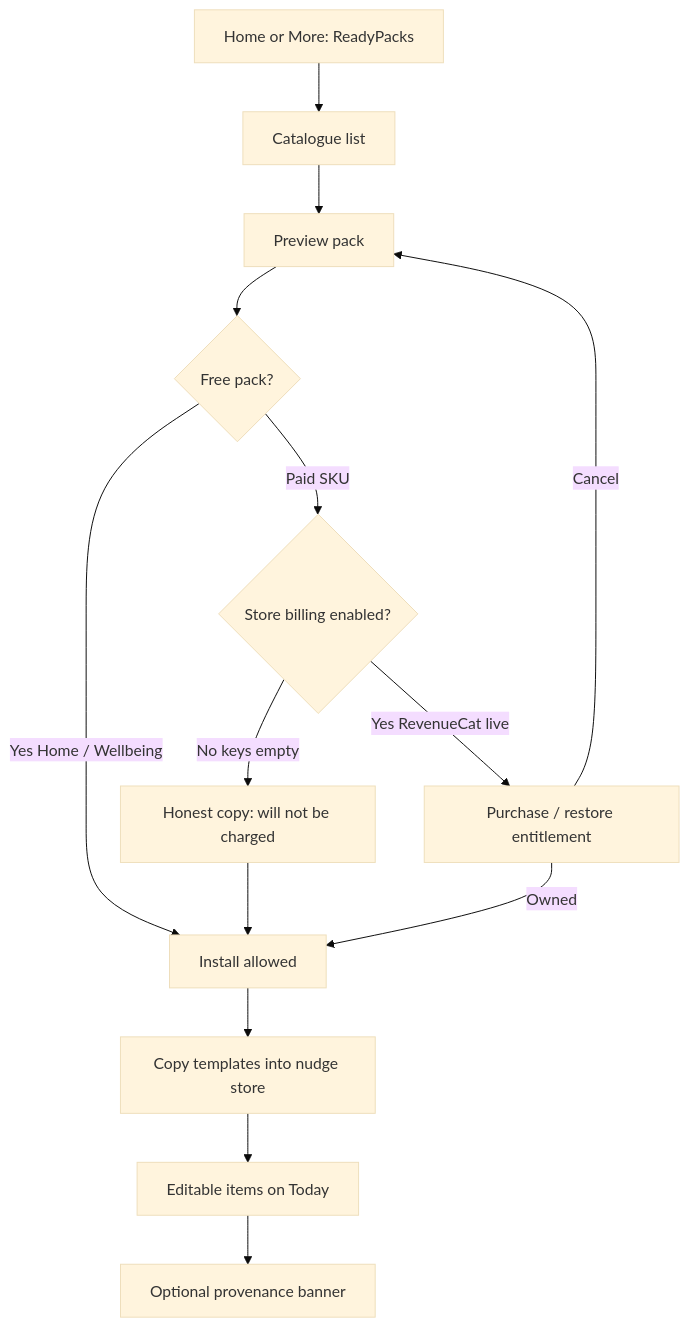
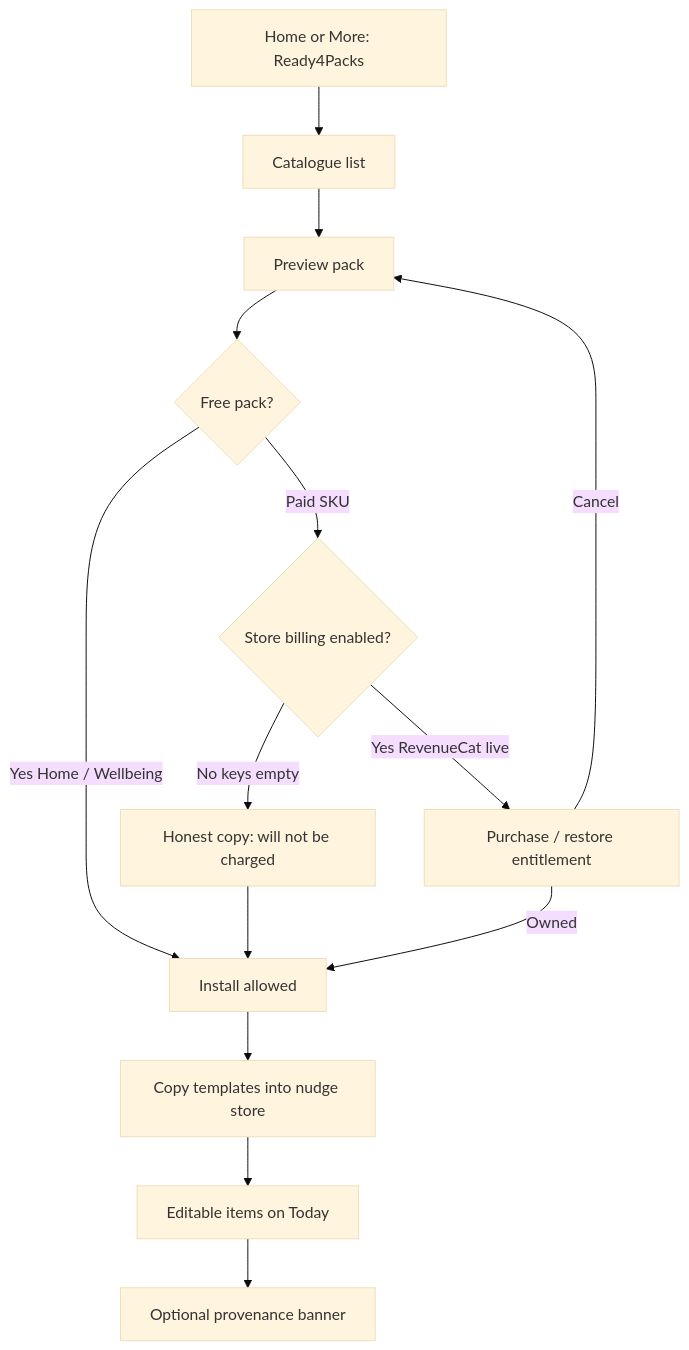
Before and after one commit to HCFC-CS/nudgemeready: the fifth of 13 diagrams in docs/product/04-Process_Flows.md, drawn with Mermaid (base theme). The commit also changed other lines of this file and 61 other files, not shown here.

First line of the commit message:
Rename user-facing packs to Ready4 and the shop to Ready4Packs.

````diff
--- a/docs/product/04-Process_Flows.md
+++ b/docs/product/04-Process_Flows.md
@@ -93,16 +93,16 @@
 ```mermaid
 flowchart TD
-  A[Home or More: ReadyPacks] --> B[Catalogue list]
+  A[Home or More: Ready4Packs] --> B[Catalogue list]
   B --> C[Preview pack]
   C --> D{Free pack?}
   D -->|Yes Home / Wellbeing| E[Install allowed]
   D -->|Paid SKU| F{Store billing enabled?}
   F -->|No keys empty| G[Honest copy: will not be charged]
   G --> E
   F -->|Yes RevenueCat live| H[Purchase / restore entitlement]
   H -->|Owned| E
   H -->|Cancel| C
   E --> I[Copy templates into nudge store]
   I --> J[Editable items on Today]
   J --> K[Optional provenance banner]
 ```
````
